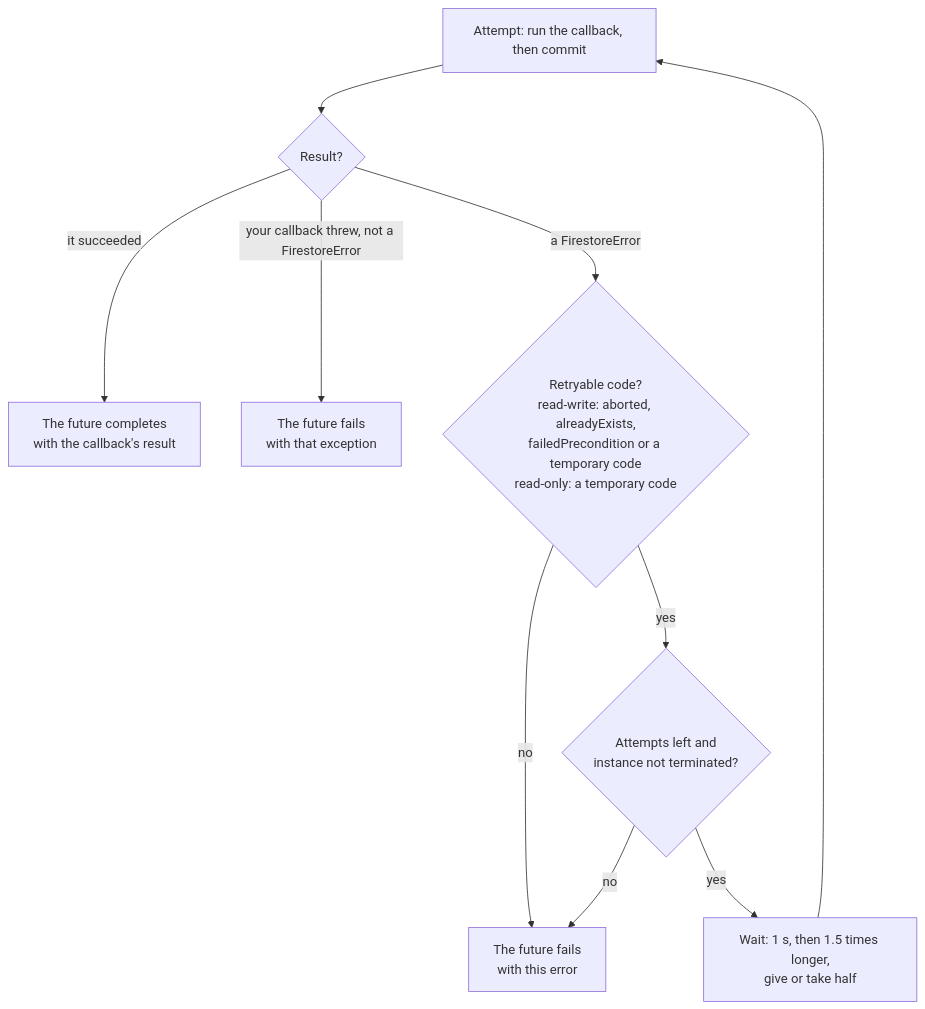
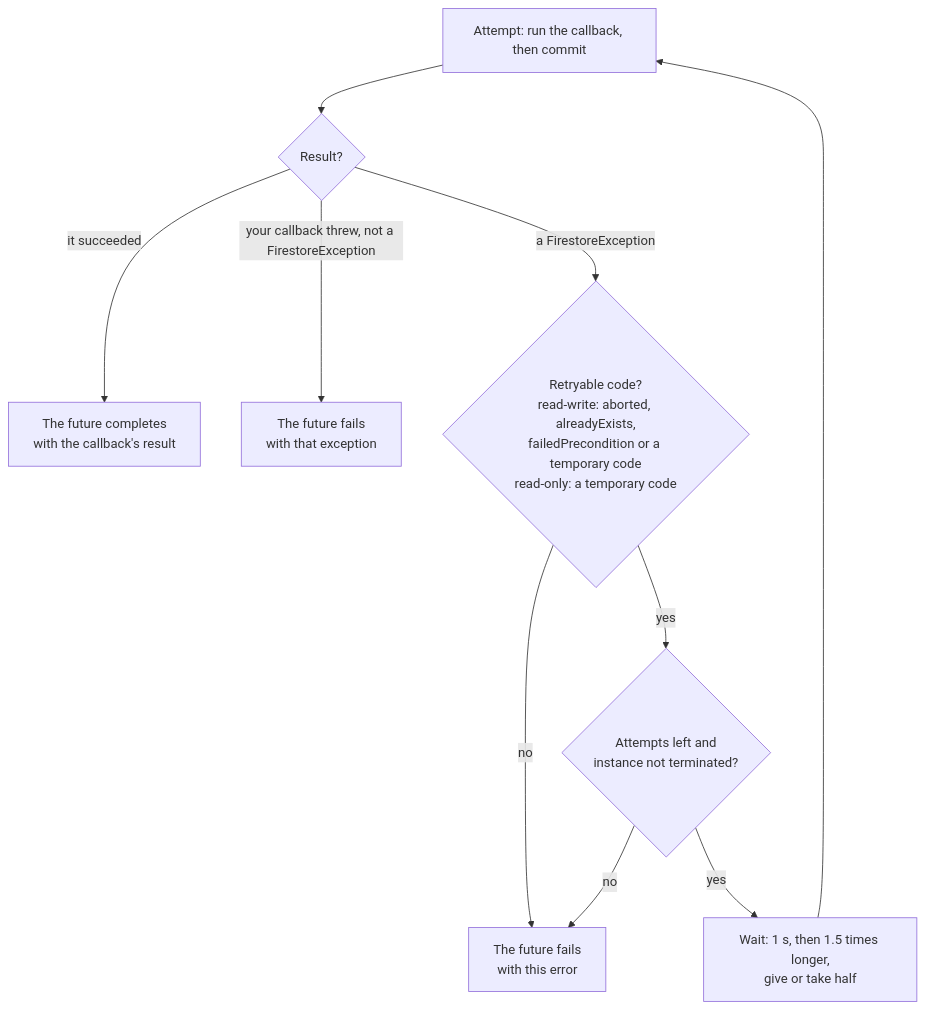
The third of 3 diagrams in docs/guides/error_handling.md (long1eu/firebase_dart_sdk), drawn with Mermaid before and after one commit. The commit also changed 27 other files, not shown here.

First line of the commit message:
Bring main's new diagrams, pictures and the FlutterFire bridge to the 0.2 names

````diff
--- a/docs/guides/error_handling.md
+++ b/docs/guides/error_handling.md
@@ -270,22 +270,22 @@
 ```mermaid
 flowchart TD
   accTitle: How runTransaction decides to retry
-  accDescr: Each attempt runs the callback and commits. On success the future completes with the result. An exception from the callback that is not a FirestoreError fails the future at once. For a FirestoreError the client checks whether the code is retryable, aborted, alreadyExists, failedPrecondition or a temporary code for read-write transactions and only a temporary code for read-only ones, and whether attempts are left and the instance is not terminated. If so it waits with backoff and runs another attempt, otherwise the future fails with the error.
+  accDescr: Each attempt runs the callback and commits. On success the future completes with the result. An exception from the callback that is not a FirestoreException fails the future at once. For a FirestoreError the client checks whether the code is retryable, aborted, alreadyExists, failedPrecondition or a temporary code for read-write transactions and only a temporary code for read-only ones, and whether attempts are left and the instance is not terminated. If so it waits with backoff and runs another attempt, otherwise the future fails with the error.
   attempt["Attempt: run the callback, then commit"]
   outcome{"Result?"}
   success["The future completes<br/>with the callback's result"]
   thrown["The future fails<br/>with that exception"]
   retryable{"Retryable code?<br/>read-write: aborted, alreadyExists,<br/>failedPrecondition or a temporary code<br/>read-only: a temporary code"}
   left{"Attempts left and<br/>instance not terminated?"}
   wait["Wait: 1 s, then 1.5 times longer,<br/>give or take half"]
   failed["The future fails<br/>with this error"]
   attempt --> outcome
   outcome -- "it succeeded" --> success
-  outcome -- "your callback threw, not a FirestoreError" --> thrown
-  outcome -- "a FirestoreError" --> retryable
+  outcome -- "your callback threw, not a FirestoreException" --> thrown
+  outcome -- "a FirestoreException" --> retryable
   retryable -- no --> failed
   retryable -- yes --> left
   left -- no --> failed
   left -- yes --> wait
   wait --> attempt
 ```
````
